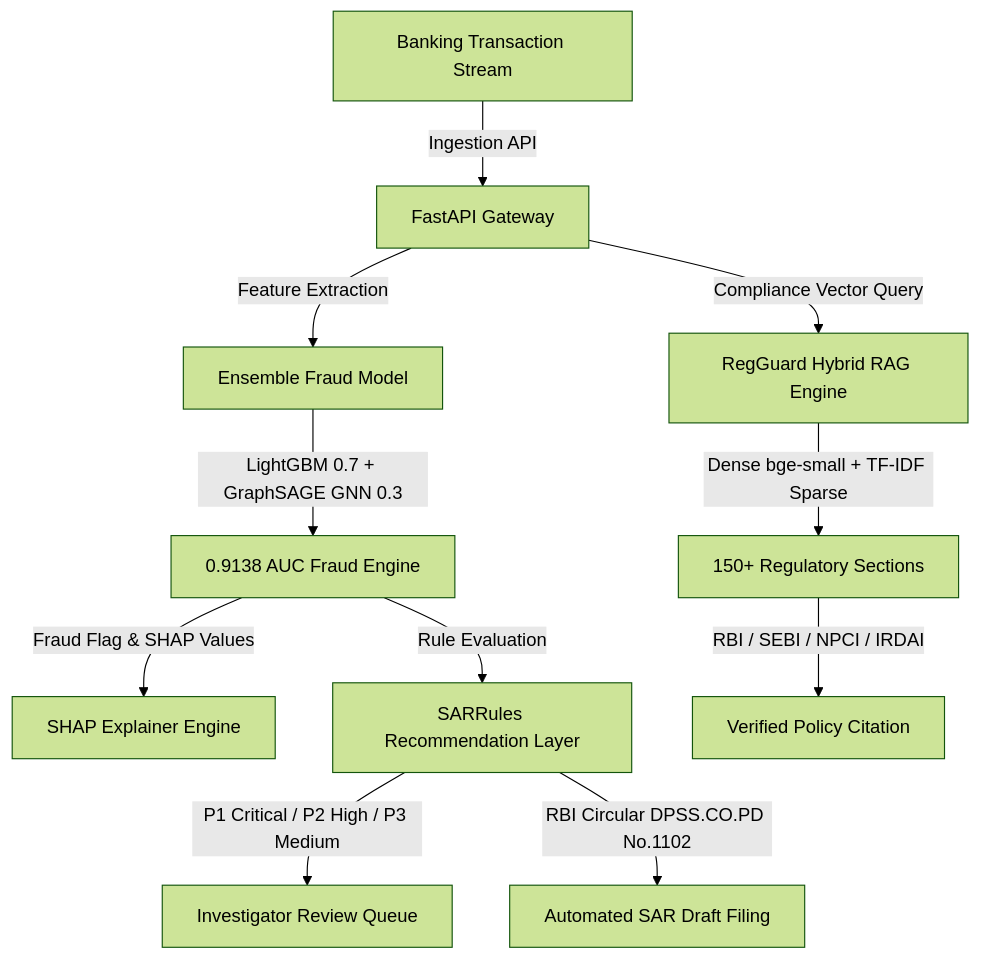
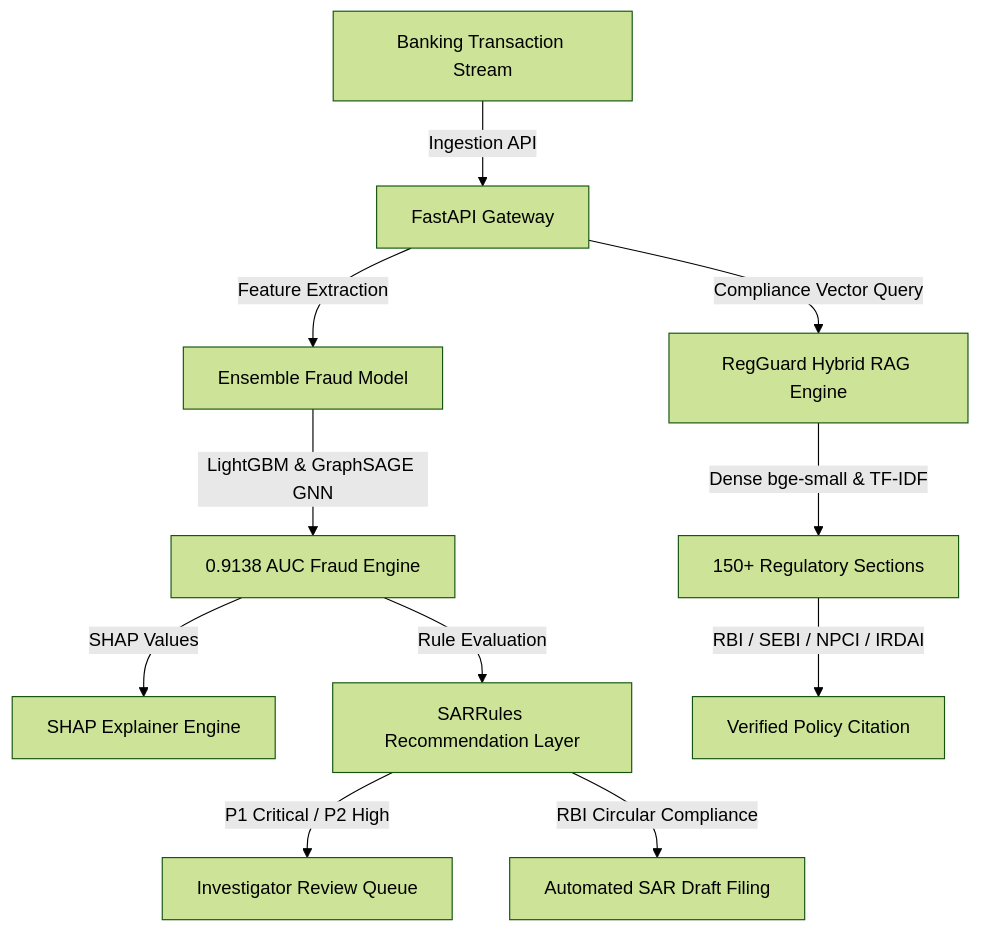
One commit to Gaurav711cgu/Aarthaa_ai changed the diagram in README.md. Above: the diagram before and after it, drawn with Mermaid (forest theme).

Commit message:
fix(readme): use clean flowchart TD for system architecture diagram

````diff
--- a/README.md
+++ b/README.md
@@ -79,15 +79,15 @@
 ```mermaid
-graph TD
+flowchart TD
     A["Banking Transaction Stream"] -->|Ingestion API| B["FastAPI Gateway"]
     B -->|Feature Extraction| C["Ensemble Fraud Model"]
-    C -->|LightGBM 0.7 + GraphSAGE GNN 0.3| D["0.9138 AUC Fraud Engine"]
-    D -->|Fraud Flag & SHAP Values| E["SHAP Explainer Engine"]
+    C -->|LightGBM & GraphSAGE GNN| D["0.9138 AUC Fraud Engine"]
+    D -->|SHAP Values| E["SHAP Explainer Engine"]
     D -->|Rule Evaluation| F["SARRules Recommendation Layer"]
     
-    F -->|P1 Critical / P2 High / P3 Medium| G["Investigator Review Queue"]
-    F -->|RBI Circular DPSS.CO.PD No.1102| H["Automated SAR Draft Filing"]
+    F -->|P1 Critical / P2 High| G["Investigator Review Queue"]
+    F -->|RBI Circular Compliance| H["Automated SAR Draft Filing"]
 
     B -->|Compliance Vector Query| I["RegGuard Hybrid RAG Engine"]
-    I -->|Dense bge-small + TF-IDF Sparse| J["150+ Regulatory Sections"]
+    I -->|Dense bge-small & TF-IDF| J["150+ Regulatory Sections"]
     J -->|RBI / SEBI / NPCI / IRDAI| K["Verified Policy Citation"]
 ```
````
